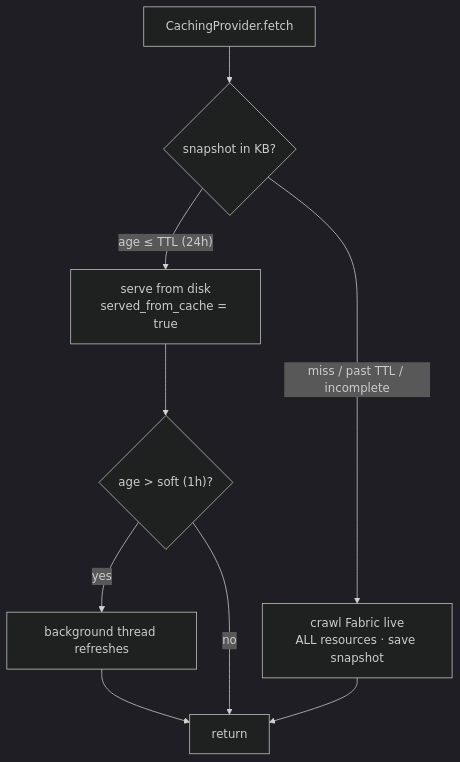
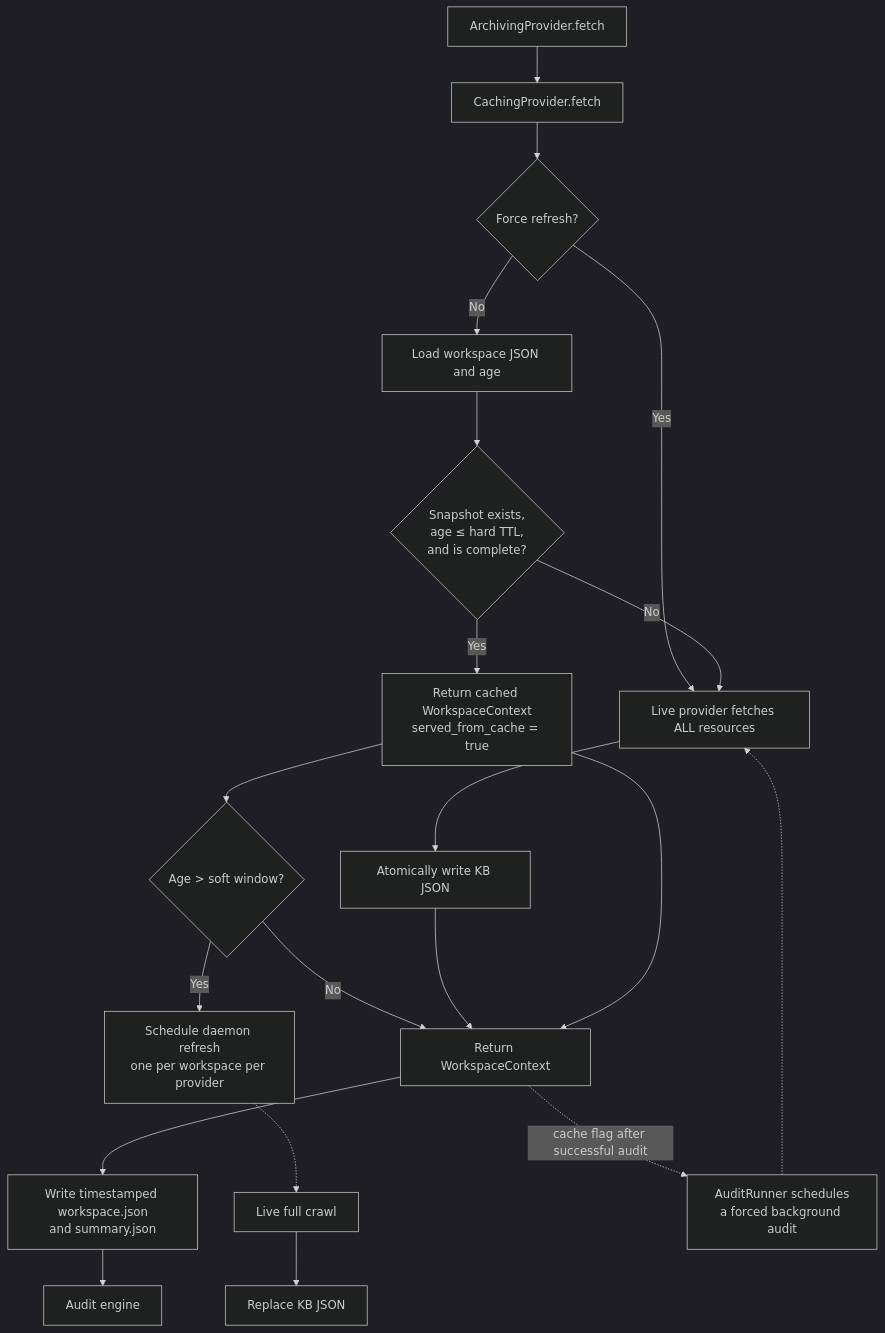
The sixth of 10 diagrams in ARCHITECTURE.md (ridamgupta25/Microsoft-Fabric-Well-Architected-Auditor), drawn with Mermaid (dark theme) before and after one commit. The commit also changed other lines of this file and 4 other files, not shown here.

````diff
--- a/ARCHITECTURE.md
+++ b/ARCHITECTURE.md
@@ -270,11 +830,26 @@
 ```mermaid
 flowchart TD
-    F["CachingProvider.fetch"] --> Q{"snapshot in KB?"}
-    Q -- "age ≤ TTL (24h)" --> S["serve from disk<br/>served_from_cache = true"]
-    Q -- "miss / past TTL / incomplete" --> C["crawl Fabric live<br/>ALL resources · save snapshot"]
-    S --> H{"age > soft (1h)?"}
-    H -- "yes" --> B["background thread refreshes"]
-    H -- "no" --> D["return"]
-    C --> D
-    B --> D
+    Start["ArchivingProvider.fetch"] --> Cache["CachingProvider.fetch"]
+    Cache --> Force{"Force refresh?"}
+    Force -- "Yes" --> Live["Live provider fetches ALL resources"]
+    Force -- "No" --> Load["Load workspace JSON and age"]
+    Load --> Eligible{"Snapshot exists,<br/>age ≤ hard TTL,<br/>and is complete?"}
+
+    Eligible -- "Yes" --> Serve["Return cached WorkspaceContext<br/>served_from_cache = true"]
+    Eligible -- "No" --> Live
+
+    Serve --> Soft{"Age > soft window?"}
+    Soft -- "Yes" --> SoftRefresh["Schedule daemon refresh<br/>one per workspace per provider"]
+    Soft -- "No" --> Return
+    SoftRefresh -.-> Live2["Live full crawl"]
+    Live2 --> Save2["Replace KB JSON"]
+
+    Live --> Save["Atomically write KB JSON"]
+    Save --> Return["Return WorkspaceContext"]
+    Serve --> Return
+    Return --> Archive2["Write timestamped workspace.json<br/>and summary.json"]
+    Archive2 --> Engine3["Audit engine"]
+
+    Return -. "cache flag after successful audit" .-> RunnerRefresh["AuditRunner schedules<br/>a forced background audit"]
+    RunnerRefresh -.-> Live
 ```
````
